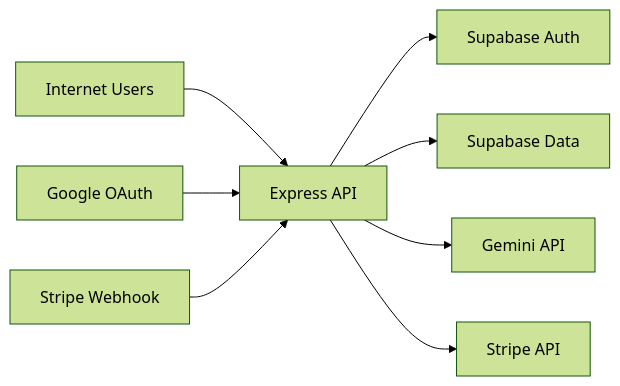
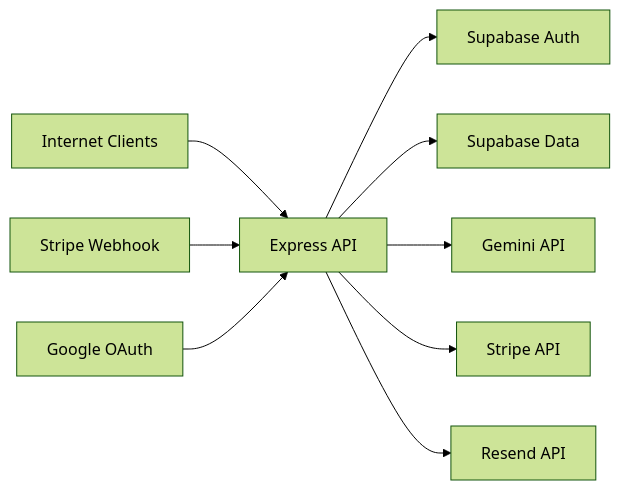
One commit to Lyceon-Team/Lyceonai changed the diagram in Lyceonai-threat-model.md. Above: the diagram before and after it, drawn with Mermaid (forest theme). The commit also changed other lines of this file, not shown here.

````diff
--- a/Lyceonai-threat-model.md
+++ b/Lyceonai-threat-model.md
@@ -85,10 +96,11 @@
 ```mermaid
 flowchart LR
-  U["Internet Users"] --> A["Express API"]
-  G["Google OAuth"] --> A
-  S["Stripe Webhook"] --> A
-  A --> SA["Supabase Auth"]
-  A --> SD["Supabase Data"]
-  A --> GM["Gemini API"]
-  A --> ST["Stripe API"]
+  U["Internet Clients"] --> API["Express API"]
+  SW["Stripe Webhook"] --> API
+  GO["Google OAuth"] --> API
+  API --> SA["Supabase Auth"]
+  API --> SD["Supabase Data"]
+  API --> GM["Gemini API"]
+  API --> ST["Stripe API"]
+  API --> RE["Resend API"]
 ```
````
